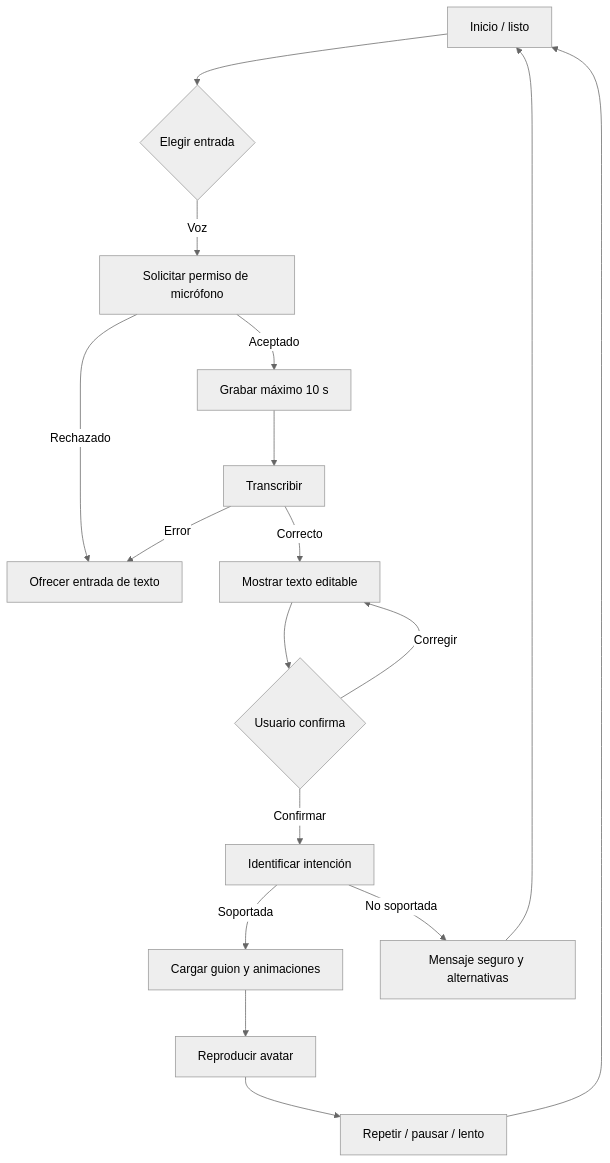
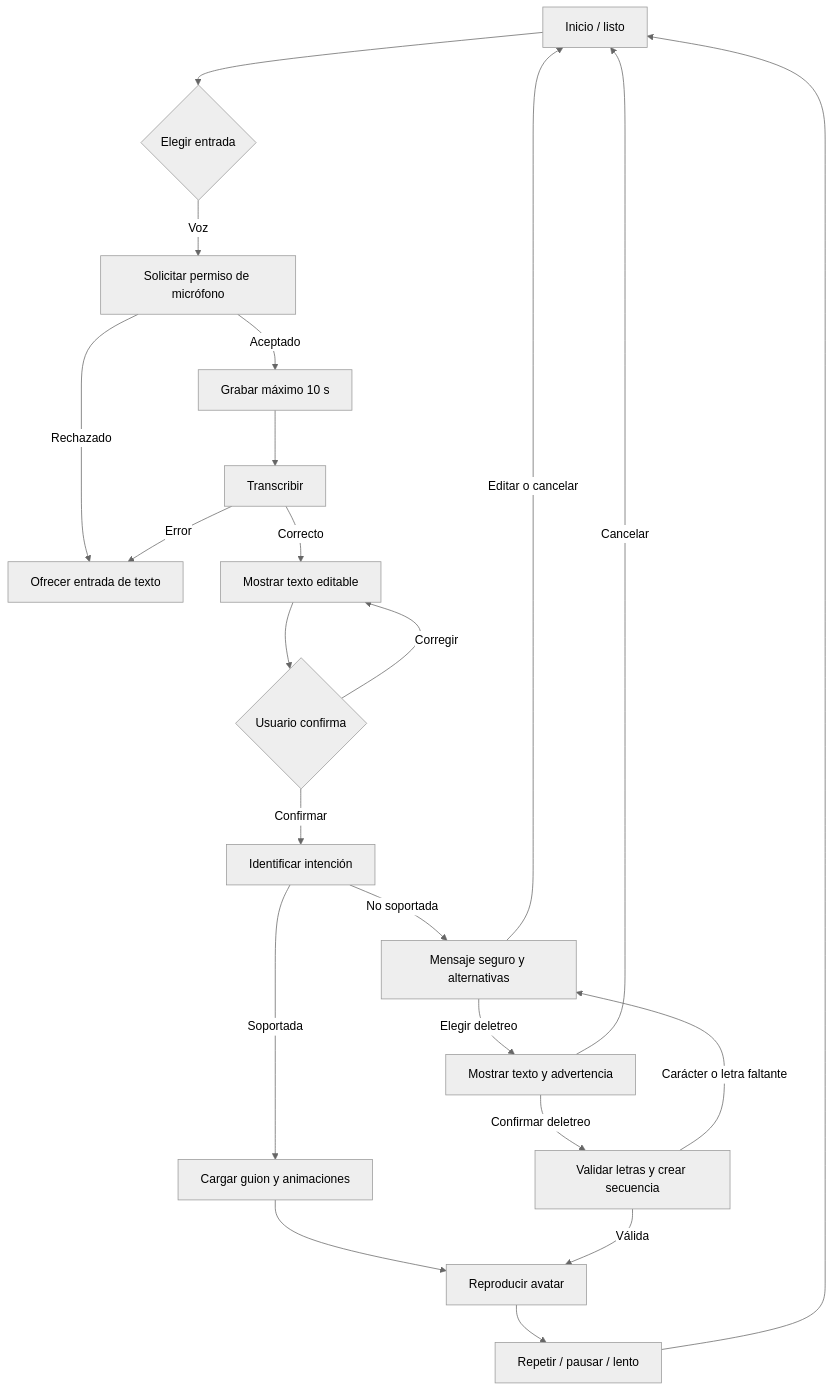
Before and after one commit to JhonatanC4STRO/NexoLSC: the diagram in docs/05-diseno/flujo-usuario.md, drawn with Mermaid (neutral theme). The commit also changed other lines of this file and 39 other files, not shown here.

````diff
--- a/docs/05-diseno/flujo-usuario.md
+++ b/docs/05-diseno/flujo-usuario.md
@@ -8,19 +7,24 @@
 ```mermaid
 flowchart TD
     A[Inicio / listo] --> B{Elegir entrada}
     B -->|Voz| C[Solicitar permiso de micrófono]
     C -->|Aceptado| D[Grabar máximo 10 s]
     C -->|Rechazado| E[Ofrecer entrada de texto]
     D --> F[Transcribir]
     F -->|Correcto| G[Mostrar texto editable]
     F -->|Error| E
     G --> H{Usuario confirma}
     H -->|Corregir| G
     H -->|Confirmar| I[Identificar intención]
     I -->|Soportada| J[Cargar guion y animaciones]
     I -->|No soportada| K[Mensaje seguro y alternativas]
     J --> L[Reproducir avatar]
     L --> M[Repetir / pausar / lento]
     M --> A
-    K --> A
+    K -->|Editar o cancelar| A
+    K -->|Elegir deletreo| N[Mostrar texto y advertencia]
+    N -->|Cancelar| A
+    N -->|Confirmar deletreo| O[Validar letras y crear secuencia]
+    O -->|Válida| L
+    O -->|Carácter o letra faltante| K
 ```
````
